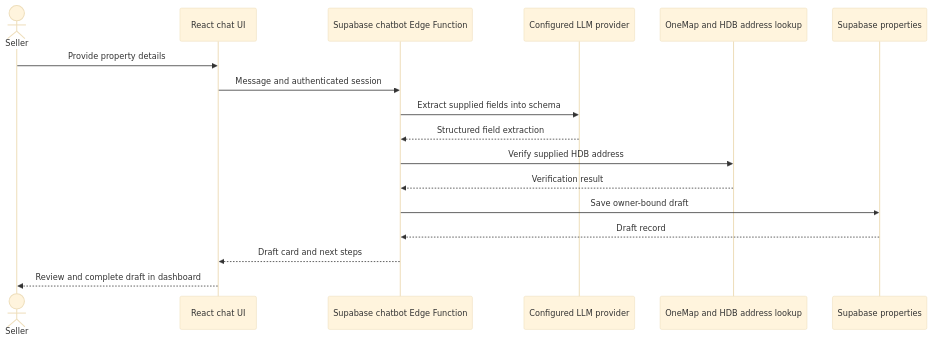
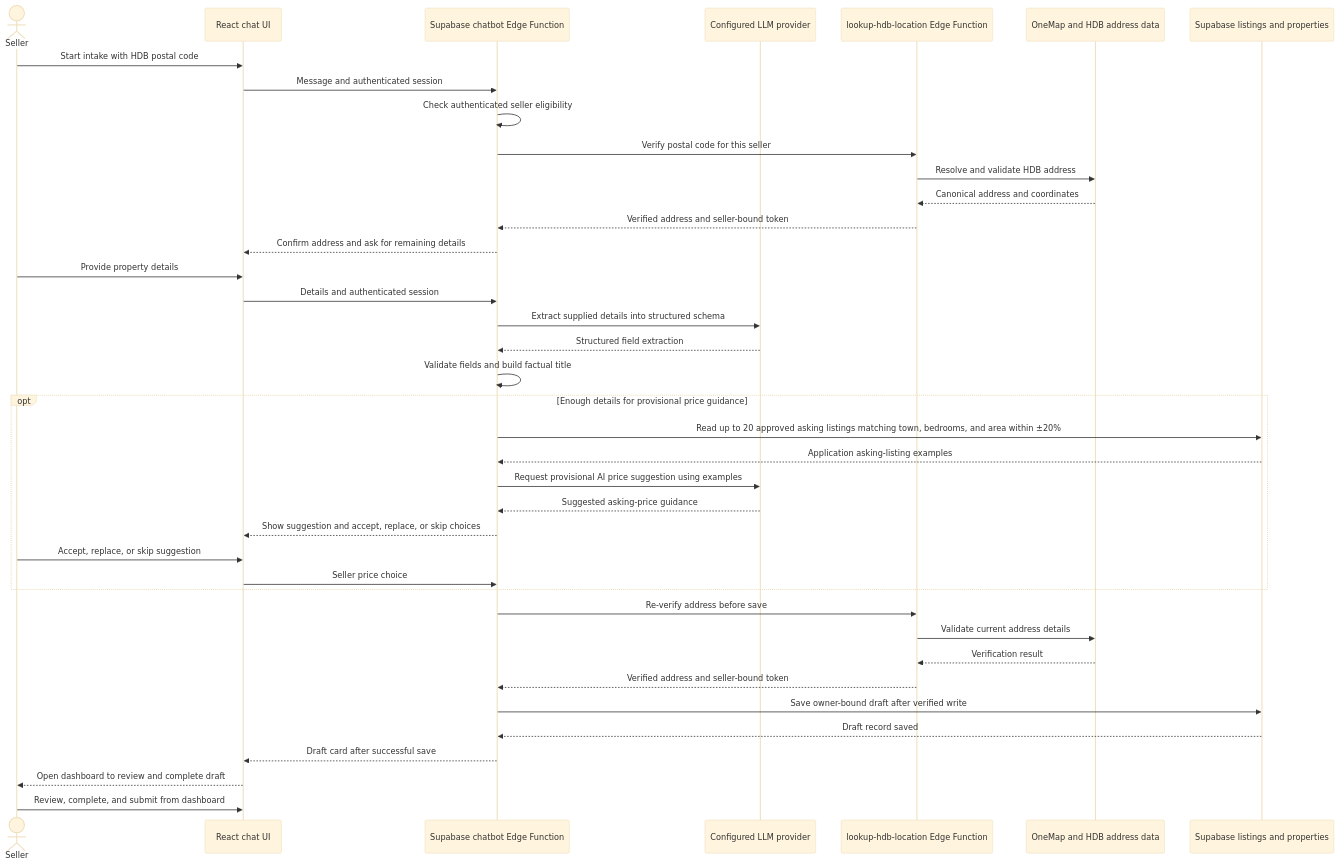
One commit to Nitecry7/SC3040-Software-Engineering-Project changed the second of 2 diagrams in SGHomie/docs/chatbot/README.md. Above: the diagram before and after it, drawn with Mermaid (base theme). The commit also changed other lines of this file and 8 other files, not shown here.

Commit message:
Updated README.md with Mermaid Charts

````diff
--- a/SGHomie/docs/chatbot/README.md
+++ b/SGHomie/docs/chatbot/README.md
@@ -37,19 +37,41 @@
 ```mermaid
 sequenceDiagram
     actor Seller
     participant UI as React chat UI
     participant Edge as Supabase chatbot Edge Function
     participant LLM as Configured LLM provider
-    participant Address as OneMap and HDB address lookup
-    participant DB as Supabase properties
+    participant Lookup as lookup-hdb-location Edge Function
+    participant Address as OneMap and HDB address data
+    participant DB as Supabase listings and properties
+    Seller->>UI: Start intake with HDB postal code
+    UI->>Edge: Message and authenticated session
+    Edge->>Edge: Check authenticated seller eligibility
+    Edge->>Lookup: Verify postal code for this seller
+    Lookup->>Address: Resolve and validate HDB address
+    Address-->>Lookup: Canonical address and coordinates
+    Lookup-->>Edge: Verified address and seller-bound token
+    Edge-->>UI: Confirm address and ask for remaining details
     Seller->>UI: Provide property details
-    UI->>Edge: Message and authenticated session
-    Edge->>LLM: Extract supplied fields into schema
+    UI->>Edge: Details and authenticated session
+    Edge->>LLM: Extract supplied details into structured schema
     LLM-->>Edge: Structured field extraction
-    Edge->>Address: Verify supplied HDB address
-    Address-->>Edge: Verification result
-    Edge->>DB: Save owner-bound draft
-    DB-->>Edge: Draft record
-    Edge-->>UI: Draft card and next steps
-    UI-->>Seller: Review and complete draft in dashboard
+    Edge->>Edge: Validate fields and build factual title
+    opt Enough details for provisional price guidance
+        Edge->>DB: Read up to 20 approved asking listings matching town, bedrooms, and area within ±20%
+        DB-->>Edge: Application asking-listing examples
+        Edge->>LLM: Request provisional AI price suggestion using examples
+        LLM-->>Edge: Suggested asking-price guidance
+        Edge-->>UI: Show suggestion and accept, replace, or skip choices
+        Seller->>UI: Accept, replace, or skip suggestion
+        UI->>Edge: Seller price choice
+    end
+    Edge->>Lookup: Re-verify address before save
+    Lookup->>Address: Validate current address details
+    Address-->>Lookup: Verification result
+    Lookup-->>Edge: Verified address and seller-bound token
+    Edge->>DB: Save owner-bound draft after verified write
+    DB-->>Edge: Draft record saved
+    Edge-->>UI: Draft card after successful save
+    UI-->>Seller: Open dashboard to review and complete draft
+    Seller->>UI: Review, complete, and submit from dashboard
 ```
````
